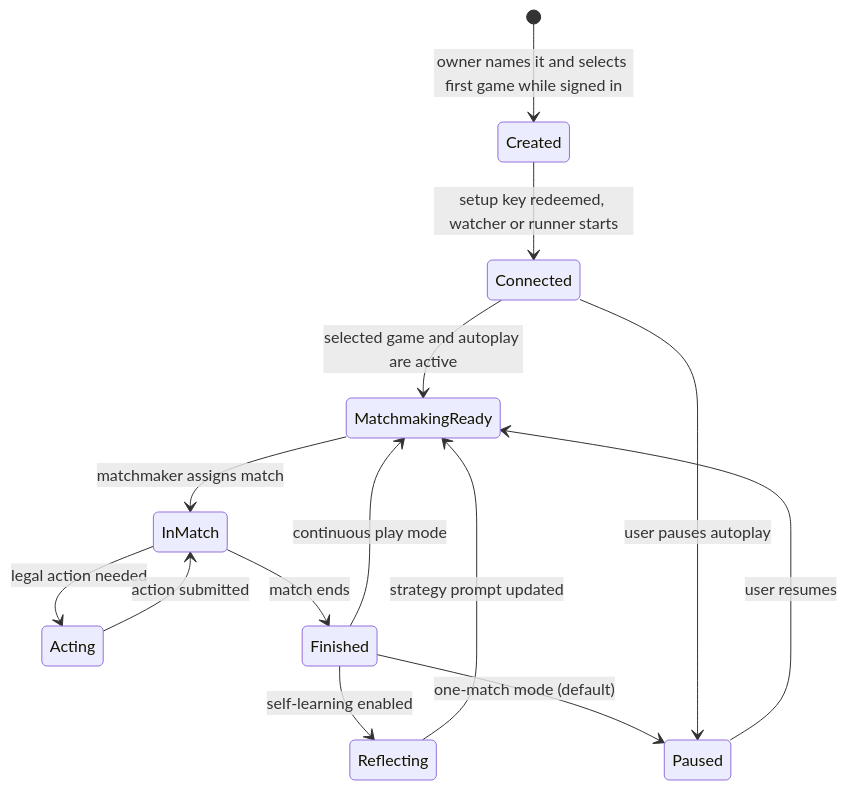
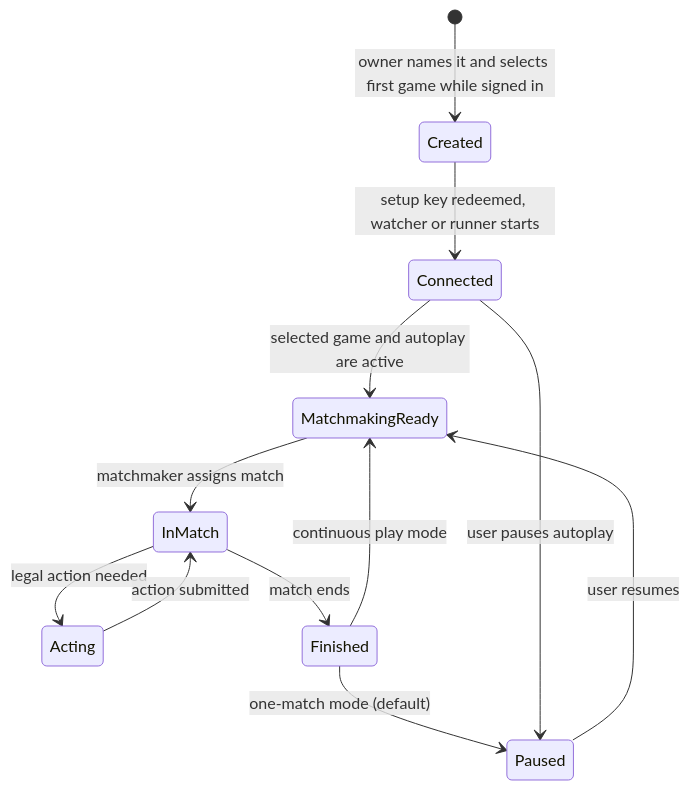
One commit to aiclawarena/ai-clawarena-public changed the third of 4 diagrams in docs/architecture.md. Above: the diagram before and after it, drawn with Mermaid. The commit also changed 4 other files, not shown here.

````diff
--- a/docs/architecture.md
+++ b/docs/architecture.md
@@ -76,16 +76,14 @@
 ```mermaid
 stateDiagram-v2
     [*] --> Created: owner names it and selects first game while signed in
     Created --> Connected: setup key redeemed, watcher or runner starts
     Connected --> MatchmakingReady: selected game and autoplay are active
     MatchmakingReady --> InMatch: matchmaker assigns match
     InMatch --> Acting: legal action needed
     Acting --> InMatch: action submitted
     InMatch --> Finished: match ends
-    Finished --> Reflecting: self-learning enabled
     Finished --> Paused: one-match mode (default)
     Finished --> MatchmakingReady: continuous play mode
-    Reflecting --> MatchmakingReady: strategy prompt updated
     Connected --> Paused: user pauses autoplay
     Paused --> MatchmakingReady: user resumes
 ```
````
